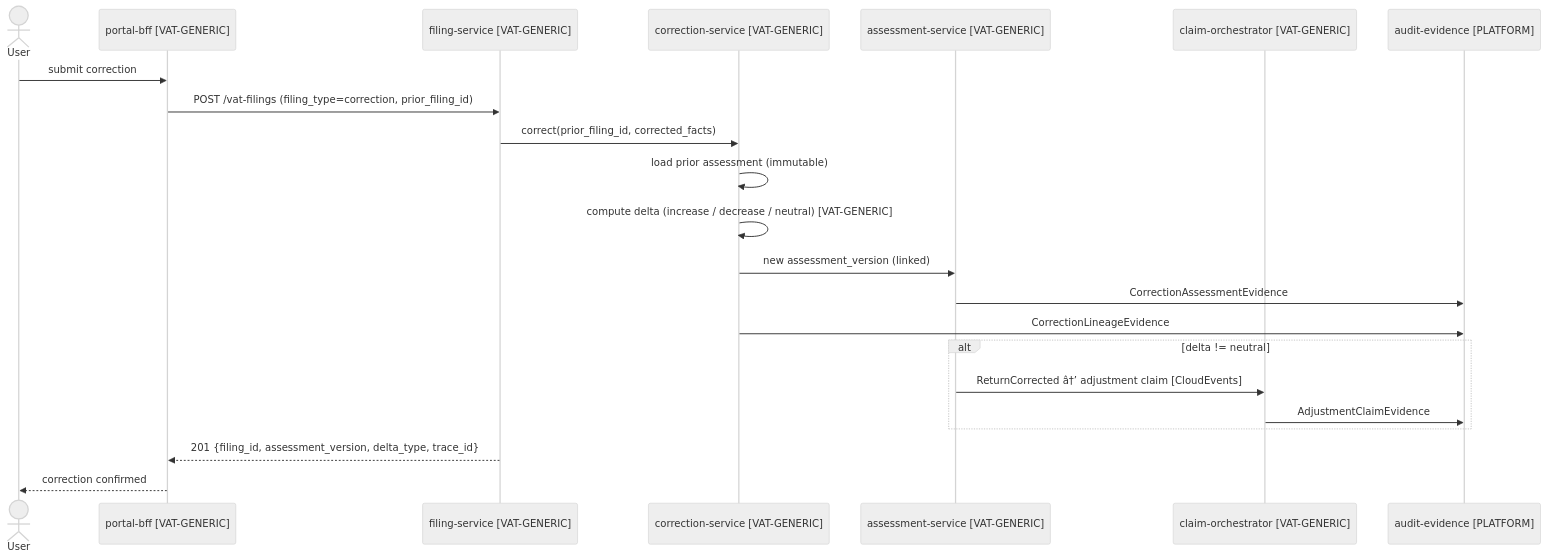
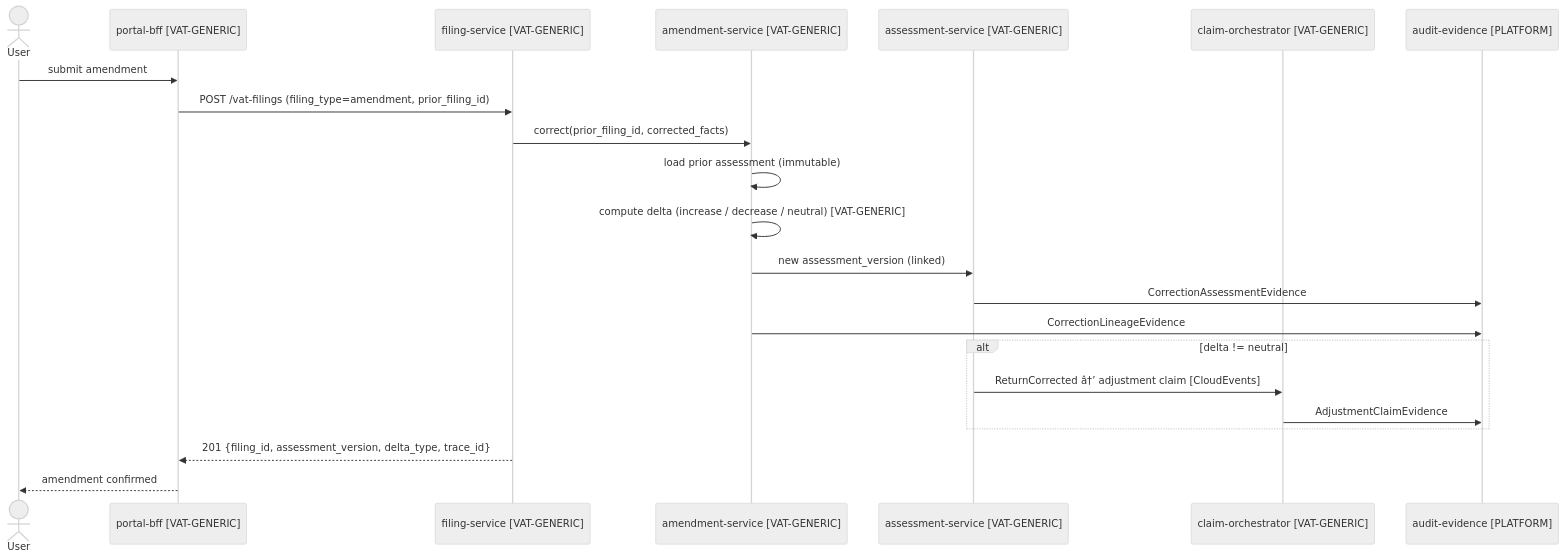
One commit to nc-tbi/VATRI-Codex changed the tenth of 14 diagrams in design/01-vat-filing-assessment-solution-design.md. Above: the diagram before and after it, drawn with Mermaid (neutral theme). The commit also changed other lines of this file and 38 other files, not shown here.

Commit message:
Rename correction terminology to amendment and add compatibility alias

````diff
--- a/design/01-vat-filing-assessment-solution-design.md
+++ b/design/01-vat-filing-assessment-solution-design.md
@@ -464,25 +464,25 @@
 ```mermaid
 sequenceDiagram
     actor User
     participant BFF as portal-bff [VAT-GENERIC]
     participant FS as filing-service [VAT-GENERIC]
-    participant CS as correction-service [VAT-GENERIC]
+    participant CS as amendment-service [VAT-GENERIC]
     participant AS as assessment-service [VAT-GENERIC]
     participant CO as claim-orchestrator [VAT-GENERIC]
     participant AE as audit-evidence [PLATFORM]
 
-    User->>BFF: submit correction
-    BFF->>FS: POST /vat-filings (filing_type=correction, prior_filing_id)
+    User->>BFF: submit amendment
+    BFF->>FS: POST /vat-filings (filing_type=amendment, prior_filing_id)
     FS->>CS: correct(prior_filing_id, corrected_facts)
     CS->>CS: load prior assessment (immutable)
     CS->>CS: compute delta (increase / decrease / neutral) [VAT-GENERIC]
     CS->>AS: new assessment_version (linked)
     AS->>AE: CorrectionAssessmentEvidence
     CS->>AE: CorrectionLineageEvidence
     alt delta != neutral
         AS->>CO: ReturnCorrected â†’ adjustment claim [CloudEvents]
         CO->>AE: AdjustmentClaimEvidence
     end
     FS-->>BFF: 201 {filing_id, assessment_version, delta_type, trace_id}
-    BFF-->>User: correction confirmed
+    BFF-->>User: amendment confirmed
 ```
````
